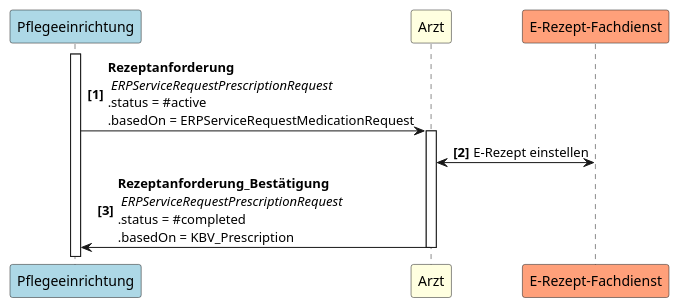
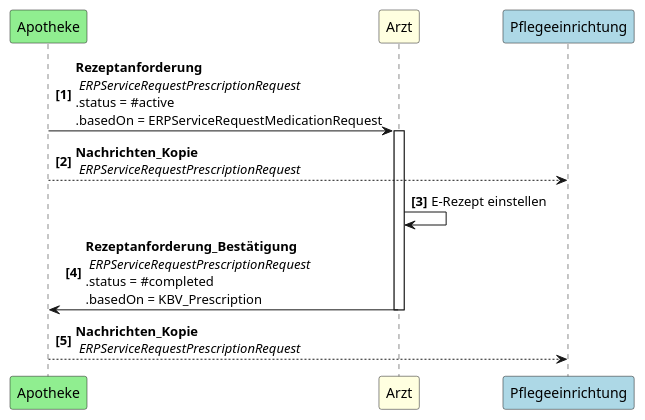
The diagram in Resources/puml/fhir-ig/UseCase Diagrams/UC3.puml (gematik/spec-E-Rezept-ServiceRequest), drawn with PlantUML before and after one commit. The commit also changed 80 other files, not shown here.

```diff
--- a/Resources/puml/fhir-ig/UseCase Diagrams/UC3.puml
+++ b/Resources/puml/fhir-ig/UseCase Diagrams/UC3.puml
@@ -1,11 +1,12 @@
 @startuml UC3
 autonumber "<b>[0]"
+participant Apotheke as Ap #LightGreen
+participant Arzt as A #LightYellow
 participant Pflegeeinrichtung as PE #LightBlue
-participant Arzt as A #LightYellow
-participant "E-Rezept-Fachdienst" as FD #LightSalmon
 
-activate PE
-PE -> A++: <b>Rezeptanforderung\n <i>ERPServiceRequestPrescriptionRequest  \n.status = #active \n.basedOn = ERPServiceRequestMedicationRequest
-A <-> FD: E-Rezept einstellen
-A -> PE--: <b>Rezeptanforderung_Bestätigung\n <i>ERPServiceRequestPrescriptionRequest  \n.status = #completed \n.basedOn = KBV_Prescription
+Ap -> A++: <b>Rezeptanforderung\n <i>ERPServiceRequestPrescriptionRequest  \n.status = #active \n.basedOn = ERPServiceRequestMedicationRequest
+Ap --> PE:  <b>Nachrichten_Kopie\n <i>ERPServiceRequestPrescriptionRequest
+A -> A: E-Rezept einstellen
+A -> Ap--: <b>Rezeptanforderung_Bestätigung\n <i>ERPServiceRequestPrescriptionRequest  \n.status = #completed \n.basedOn = KBV_Prescription
+Ap --> PE:  <b>Nachrichten_Kopie\n <i>ERPServiceRequestPrescriptionRequest
 @enduml
```
